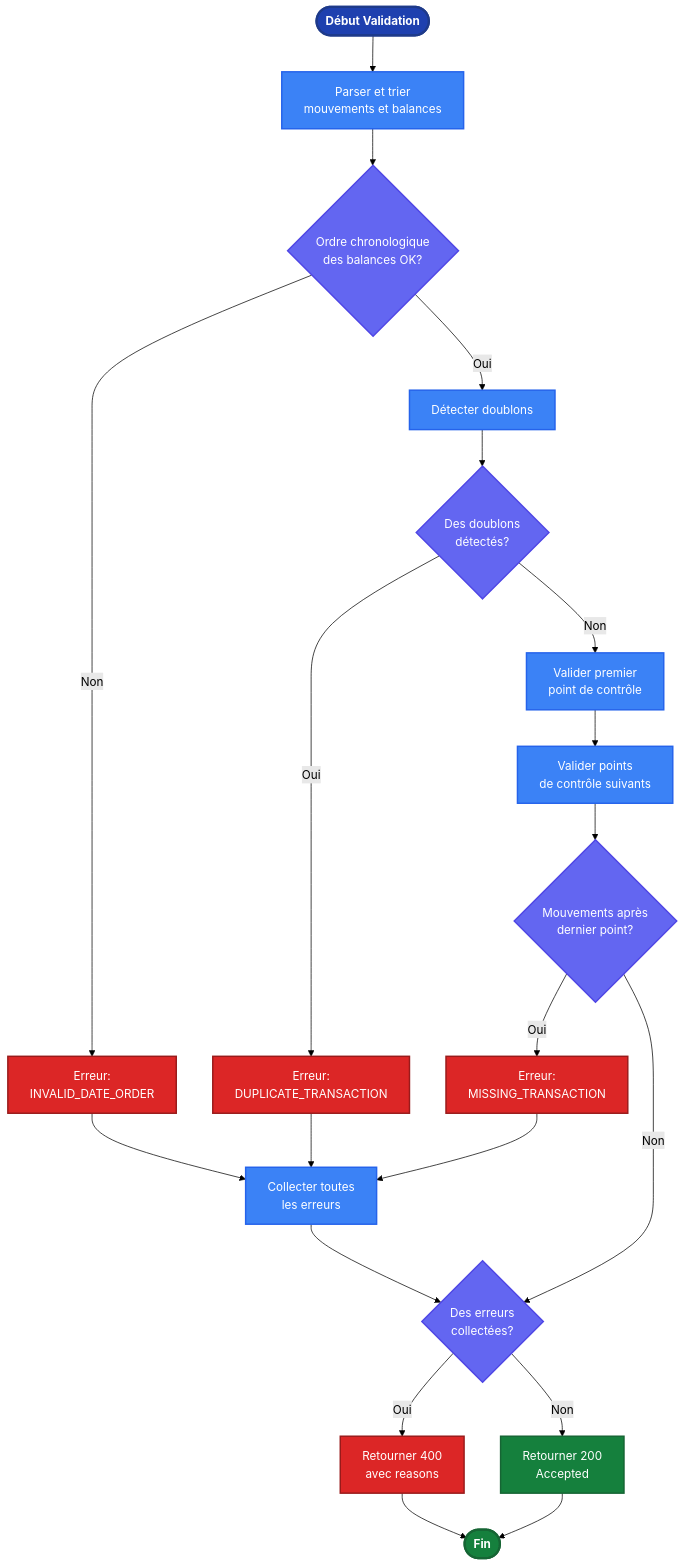
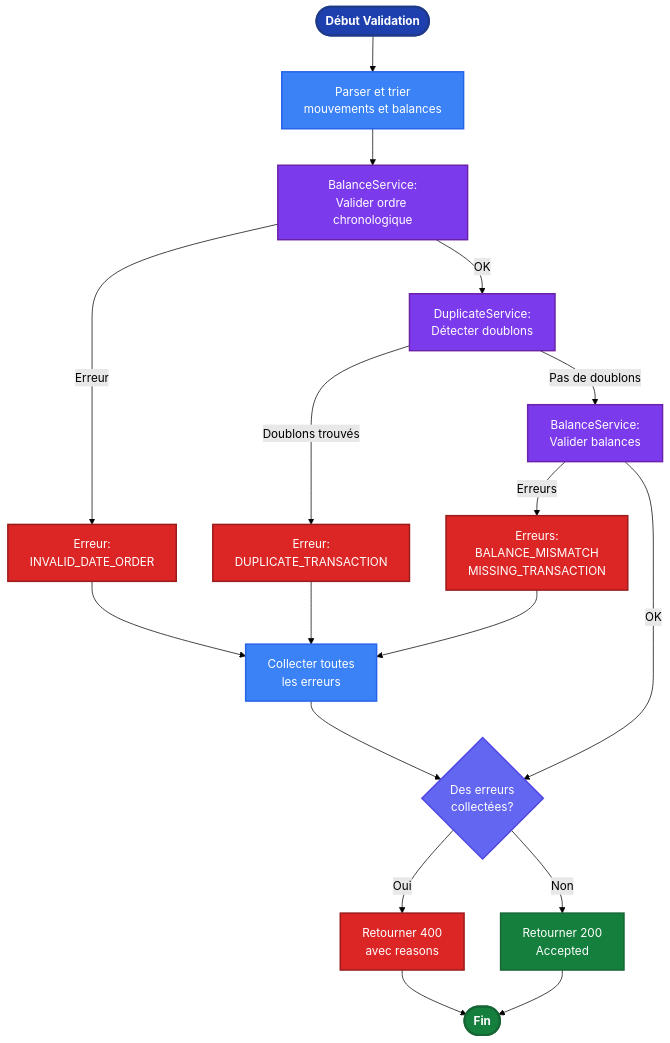
Before and after one commit to gobwah/dougs-test-app: the seventh of 13 diagrams in documentation/ANALYSE.md, drawn with Mermaid (forest theme). The commit also changed other lines of this file, not shown here.

First line of the commit message:
Refactor documentation structure and enhance duplicate detection algorithms

````diff
--- a/documentation/ANALYSE.md
+++ b/documentation/ANALYSE.md
@@ -467,29 +508,27 @@
 ```mermaid
 flowchart TD
     Start([Début Validation]):::startStyle --> Parse[Parser et trier<br/>mouvements et balances]:::processStyle
-    Parse --> ValidateOrder{Ordre chronologique<br/>des balances OK?}:::decisionStyle
-    ValidateOrder -->|Non| Error1[Erreur:<br/>INVALID_DATE_ORDER]:::errorStyle
-    ValidateOrder -->|Oui| DetectDup[Détecter doublons]:::processStyle
-    DetectDup --> HasDup{Des doublons<br/>détectés?}:::decisionStyle
-    HasDup -->|Oui| Error2[Erreur:<br/>DUPLICATE_TRANSACTION]:::errorStyle
-    HasDup -->|Non| ValidateFirst[Valider premier<br/>point de contrôle]:::processStyle
+    Parse --> ValidateOrder[BalanceService:<br/>Valider ordre chronologique]:::serviceStyle
+    ValidateOrder -->|Erreur| Error1[Erreur:<br/>INVALID_DATE_ORDER]:::errorStyle
+    ValidateOrder -->|OK| DetectDup[DuplicateService:<br/>Détecter doublons]:::serviceStyle
+    DetectDup -->|Doublons trouvés| Error2[Erreur:<br/>DUPLICATE_TRANSACTION]:::errorStyle
+    DetectDup -->|Pas de doublons| ValidateBal[BalanceService:<br/>Valider balances]:::serviceStyle
     Error1 --> Collect
     Error2 --> Collect
-    ValidateFirst --> ValidateNext[Valider points<br/>de contrôle suivants]:::processStyle
-    ValidateNext --> CheckAfter{Mouvements après<br/>dernier point?}:::decisionStyle
-    CheckAfter -->|Oui| Error3[Erreur:<br/>MISSING_TRANSACTION]:::errorStyle
-    CheckAfter -->|Non| CheckErrors{Des erreurs<br/>collectées?}:::decisionStyle
+    ValidateBal -->|Erreurs| Error3[Erreurs:<br/>BALANCE_MISMATCH<br/>MISSING_TRANSACTION]:::errorStyle
+    ValidateBal -->|OK| CheckErrors{Des erreurs<br/>collectées?}:::decisionStyle
     Error3 --> Collect[Collecter toutes<br/>les erreurs]:::processStyle
     Collect --> CheckErrors
     CheckErrors -->|Oui| Fail[Retourner 400<br/>avec reasons]:::errorStyle
     CheckErrors -->|Non| Success[Retourner 200<br/>Accepted]:::successStyle
     Fail --> End([Fin]):::endStyle
     Success --> End
 
     classDef startStyle fill:#1e40af,stroke:#1e3a8a,stroke-width:3px,color:#ffffff,font-weight:bold
     classDef processStyle fill:#3b82f6,stroke:#2563eb,stroke-width:2px,color:#ffffff
+    classDef serviceStyle fill:#7c3aed,stroke:#6b21a8,stroke-width:2px,color:#ffffff
     classDef decisionStyle fill:#6366f1,stroke:#4f46e5,stroke-width:2px,color:#ffffff
     classDef errorStyle fill:#dc2626,stroke:#991b1b,stroke-width:2px,color:#ffffff
     classDef successStyle fill:#15803d,stroke:#166534,stroke-width:2px,color:#ffffff
     classDef endStyle fill:#15803d,stroke:#166534,stroke-width:3px,color:#ffffff,font-weight:bold
 ```
````
